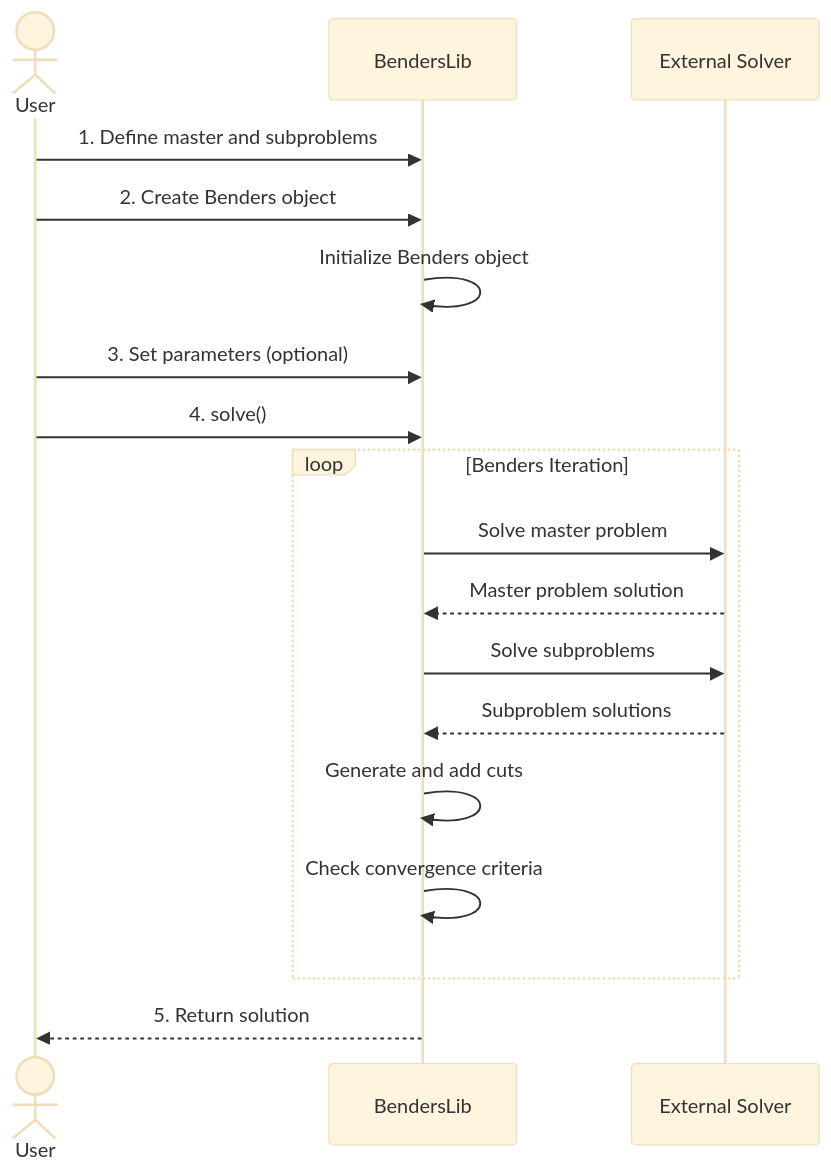
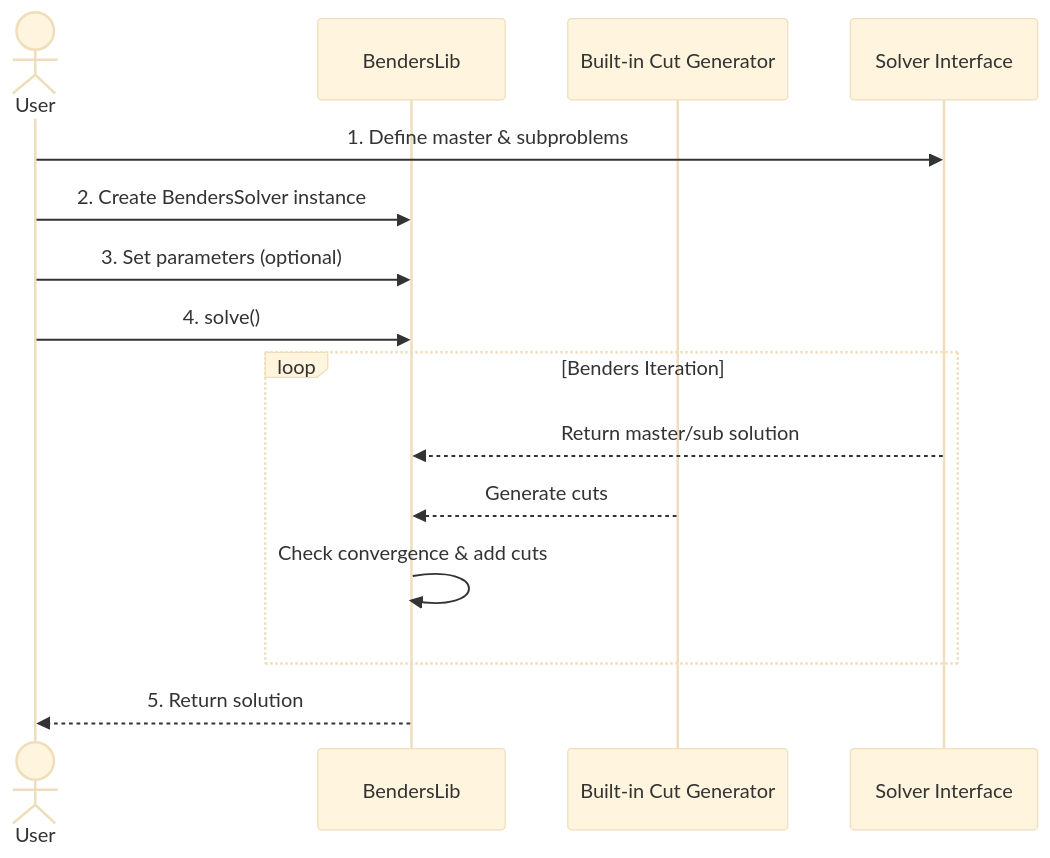
The first of 3 diagrams in docs/source/manual/workflow.rst (sharabhshukla/BendersLib), drawn with Mermaid (base theme) before and after one commit. The commit also changed other lines of this file, not shown here.

```diff
--- a/docs/source/manual/workflow.rst
+++ b/docs/source/manual/workflow.rst
@@ -15,23 +15,20 @@
 .. mermaid::
   :caption: Basic Usage Workflow
   :align: center
 
    sequenceDiagram
        actor User
        participant BendersLib
-       participant External Solver
+       participant Built-in Cut Generator
+       participant Solver Interface
 
-       User->>BendersLib: 1. Define master and subproblems
-       User->>BendersLib: 2. Create Benders object
-       BendersLib->>BendersLib: Initialize Benders object
+       User->>Solver Interface: 1. Define master & subproblems
+       User->>BendersLib: 2. Create BendersSolver instance
        User->>BendersLib: 3. Set parameters (optional)
        User->>BendersLib: 4. solve()
        loop Benders Iteration
-           BendersLib->>External Solver: Solve master problem
-           External Solver-->>BendersLib: Master problem solution
-           BendersLib->>External Solver: Solve subproblems
-           External Solver-->>BendersLib: Subproblem solutions
-           BendersLib->>BendersLib: Generate and add cuts
-           BendersLib->>BendersLib: Check convergence criteria
+           Solver Interface-->>BendersLib: Return master/sub solution
+           Built-in Cut Generator-->>BendersLib: Generate cuts
+           BendersLib->>BendersLib: Check convergence & add cuts
        end
        BendersLib-->>User: 5. Return solution
```
